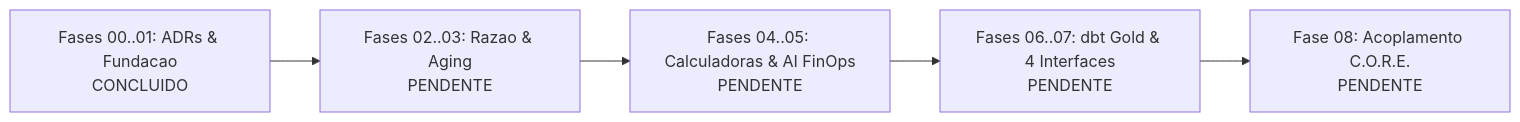
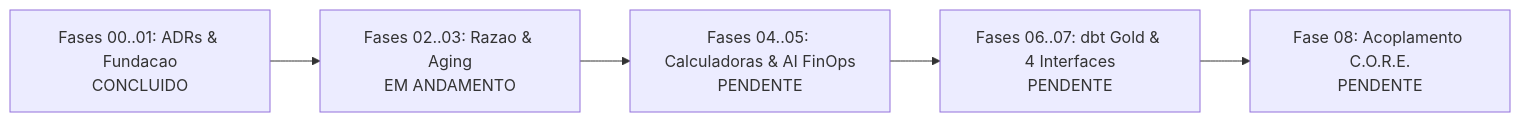
Before and after one commit to jhsfhtls/finops-capex-revenue-lakehouse: the diagram in JORNADA_IMPLEMENTACAO.md, drawn with Mermaid. The commit also changed other lines of this file and 14 other files, not shown here.

````diff
--- a/JORNADA_IMPLEMENTACAO.md
+++ b/JORNADA_IMPLEMENTACAO.md
@@ -23,7 +23,7 @@
 ```mermaid
 flowchart LR
-    F01["Fases 00..01: ADRs & Fundacao<br/>CONCLUIDO"] --> F03["Fases 02..03: Razao & Aging<br/>PENDENTE"]
+    F01["Fases 00..01: ADRs & Fundacao<br/>CONCLUIDO"] --> F03["Fases 02..03: Razao & Aging<br/>EM ANDAMENTO"]
     F03 --> F05["Fases 04..05: Calculadoras & AI FinOps<br/>PENDENTE"]
     F05 --> F07["Fases 06..07: dbt Gold & 4 Interfaces<br/>PENDENTE"]
     F07 --> F08["Fase 08: Acoplamento C.O.R.E.<br/>PENDENTE"]
 ```
````
